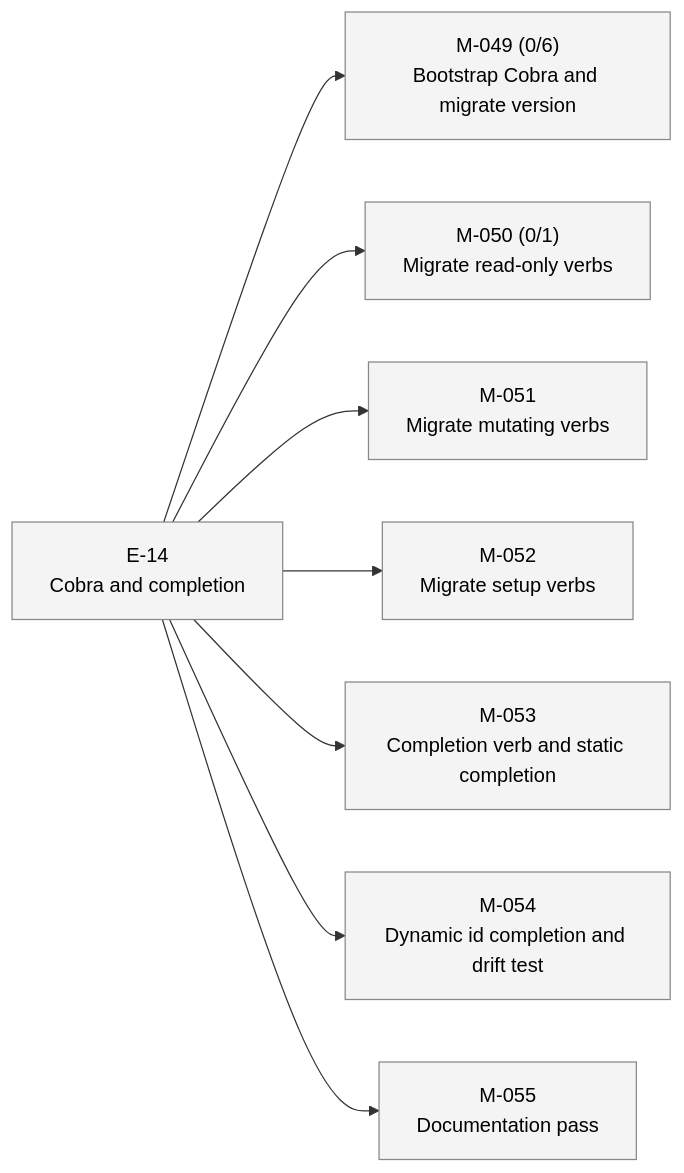
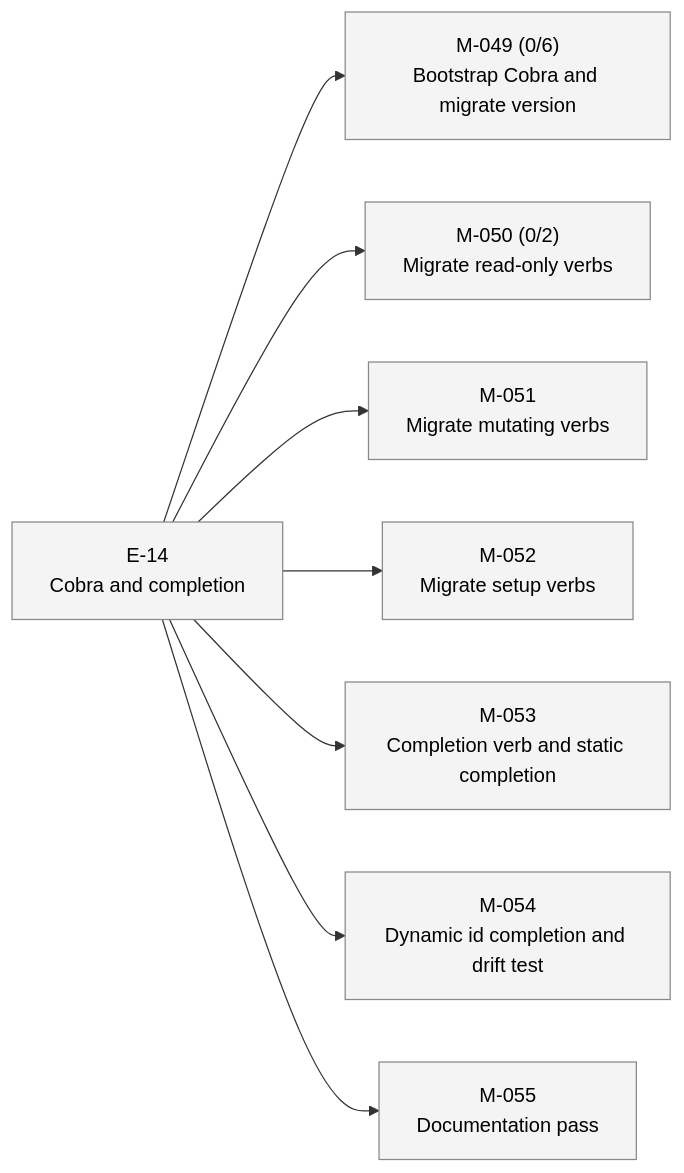
Before and after one commit to 23min/aiwf: the second of 2 diagrams in STATUS.md, drawn with Mermaid. The commit also changed other lines of this file and 1 other file, not shown here.

````diff
--- a/STATUS.md
+++ b/STATUS.md
@@ -38,24 +38,24 @@
 ```mermaid
 flowchart LR
   E_14["E-14<br/>Cobra and completion"]:::epic_proposed
   M_049["M-049 (0/6)<br/>Bootstrap Cobra and migrate version"]:::ms_draft
   E_14 --> M_049
-  M_050["M-050 (0/1)<br/>Migrate read-only verbs"]:::ms_draft
+  M_050["M-050 (0/2)<br/>Migrate read-only verbs"]:::ms_draft
   E_14 --> M_050
   M_051["M-051<br/>Migrate mutating verbs"]:::ms_draft
   E_14 --> M_051
   M_052["M-052<br/>Migrate setup verbs"]:::ms_draft
   E_14 --> M_052
   M_053["M-053<br/>Completion verb and static completion"]:::ms_draft
   E_14 --> M_053
   M_054["M-054<br/>Dynamic id completion and drift test"]:::ms_draft
   E_14 --> M_054
   M_055["M-055<br/>Documentation pass"]:::ms_draft
   E_14 --> M_055
   classDef epic_active fill:#d6eaff,stroke:#1a73e8,color:#000
   classDef epic_proposed fill:#f4f4f4,stroke:#888,color:#000
   classDef ms_done fill:#d8f5d8,stroke:#2a8a2a,color:#000
   classDef ms_in_progress fill:#fff3c4,stroke:#caa400,color:#000
   classDef ms_draft fill:#f4f4f4,stroke:#888,color:#000
   classDef ms_cancelled fill:#fbeaea,stroke:#c33,color:#000
 ```
````
